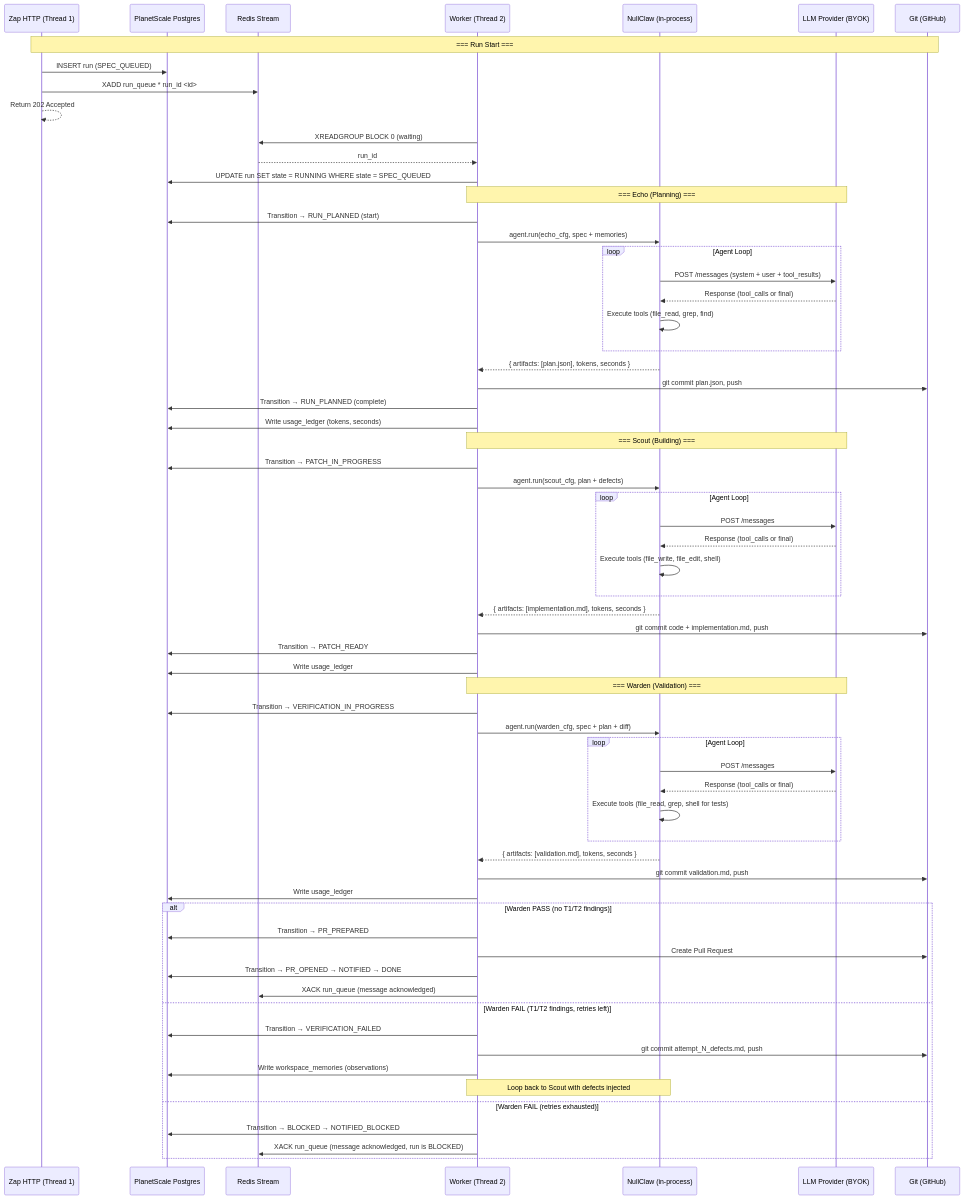
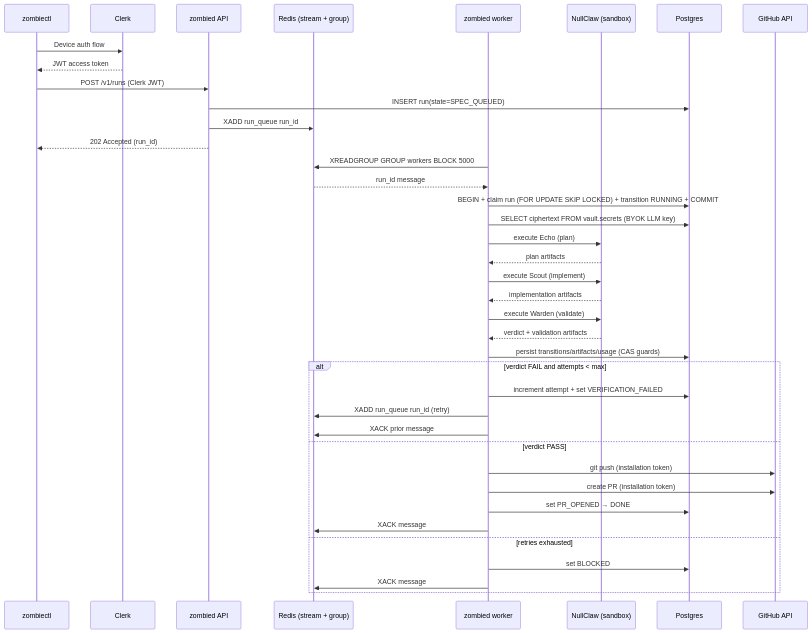
Before and after one commit to usezombie/usezombie: the diagram in docs/ARCHITECTURE.md, drawn with Mermaid. The commit also changed other lines of this file and 62 other files, not shown here.

````diff
--- a/docs/ARCHITECTURE.md
+++ b/docs/ARCHITECTURE.md
@@ -497,72 +69,47 @@
 ```mermaid
 sequenceDiagram
-    participant API as Zap HTTP (Thread 1)
-    participant DB as PlanetScale Postgres
-    participant RQ as Redis Stream
-    participant W as Worker (Thread 2)
-    participant NC as NullClaw (in-process)
-    participant LLM as LLM Provider (BYOK)
-    participant GIT as Git (GitHub)
+    participant CLI as zombiectl
+    participant CK as Clerk
+    participant API as zombied API
+    participant RQ as Redis (stream + group)
+    participant W as zombied worker
+    participant NC as NullClaw (sandbox)
+    participant PG as Postgres
+    participant GH as GitHub API
 
-    Note over API,GIT: === Run Start ===
-    API->>DB: INSERT run (SPEC_QUEUED)
-    API->>RQ: XADD run_queue * run_id <id>
-    API-->>API: Return 202 Accepted
+    CLI->>CK: Device auth flow
+    CK-->>CLI: JWT access token
 
-    W->>RQ: XREADGROUP BLOCK 0 (waiting)
-    RQ-->>W: run_id
-    W->>DB: UPDATE run SET state = RUNNING WHERE state = SPEC_QUEUED
+    CLI->>API: POST /v1/runs (Clerk JWT)
+    API->>PG: INSERT run(state=SPEC_QUEUED)
+    API->>RQ: XADD run_queue run_id
+    API-->>CLI: 202 Accepted (run_id)
 
-    Note over W,LLM: === Echo (Planning) ===
-    W->>DB: Transition → RUN_PLANNED (start)
-    W->>NC: agent.run(echo_cfg, spec + memories)
-    loop Agent Loop
-        NC->>LLM: POST /messages (system + user + tool_results)
-        LLM-->>NC: Response (tool_calls or final)
-        NC->>NC: Execute tools (file_read, grep, find)
-    end
-    NC-->>W: { artifacts: [plan.json], tokens, seconds }
-    W->>GIT: git commit plan.json, push
-    W->>DB: Transition → RUN_PLANNED (complete)
-    W->>DB: Write usage_ledger (tokens, seconds)
+    W->>RQ: XREADGROUP GROUP workers BLOCK 5000
+    RQ-->>W: run_id message
+    W->>PG: BEGIN + claim run (FOR UPDATE SKIP LOCKED) + transition RUNNING + COMMIT
 
-    Note over W,LLM: === Scout (Building) ===
-    W->>DB: Transition → PATCH_IN_PROGRESS
-    W->>NC: agent.run(scout_cfg, plan + defects)
-    loop Agent Loop
-        NC->>LLM: POST /messages
-        LLM-->>NC: Response (tool_calls or final)
-        NC->>NC: Execute tools (file_write, file_edit, shell)
-    end
-    NC-->>W: { artifacts: [implementation.md], tokens, seconds }
-    W->>GIT: git commit code + implementation.md, push
-    W->>DB: Transition → PATCH_READY
-    W->>DB: Write usage_ledger
+    W->>PG: SELECT ciphertext FROM vault.secrets (BYOK LLM key)
+    W->>NC: execute Echo (plan)
+    NC-->>W: plan artifacts
+    W->>NC: execute Scout (implement)
+    NC-->>W: implementation artifacts
+    W->>NC: execute Warden (validate)
+    NC-->>W: verdict + validation artifacts
 
-    Note over W,LLM: === Warden (Validation) ===
-    W->>DB: Transition → VERIFICATION_IN_PROGRESS
-    W->>NC: agent.run(warden_cfg, spec + plan + diff)
-    loop Agent Loop
-        NC->>LLM: POST /messages
-        LLM-->>NC: Response (tool_calls or final)
-        NC->>NC: Execute tools (file_read, grep, shell for tests)
-    end
-    NC-->>W: { artifacts: [validation.md], tokens, seconds }
-    W->>GIT: git commit validation.md, push
-    W->>DB: Write usage_ledger
+    W->>PG: persist transitions/artifacts/usage (CAS guards)
 
-    alt Warden PASS (no T1/T2 findings)
-        W->>DB: Transition → PR_PREPARED
-        W->>GIT: Create Pull Request
-        W->>DB: Transition → PR_OPENED → NOTIFIED → DONE
-        W->>RQ: XACK run_queue (message acknowledged)
-    else Warden FAIL (T1/T2 findings, retries left)
-        W->>DB: Transition → VERIFICATION_FAILED
-        W->>GIT: git commit attempt_N_defects.md, push
-        W->>DB: Write workspace_memories (observations)
-        Note over W,NC: Loop back to Scout with defects injected
-    else Warden FAIL (retries exhausted)
-        W->>DB: Transition → BLOCKED → NOTIFIED_BLOCKED
-        W->>RQ: XACK run_queue (message acknowledged, run is BLOCKED)
+    alt verdict FAIL and attempts < max
+        W->>PG: increment attempt + set VERIFICATION_FAILED
+        W->>RQ: XADD run_queue run_id (retry)
+        W->>RQ: XACK prior message
+    else verdict PASS
+        W->>GH: git push (installation token)
+        W->>GH: create PR (installation token)
+        W->>PG: set PR_OPENED → DONE
+        W->>RQ: XACK message
+    else retries exhausted
+        W->>PG: set BLOCKED
+        W->>RQ: XACK message
     end
 ```
````
